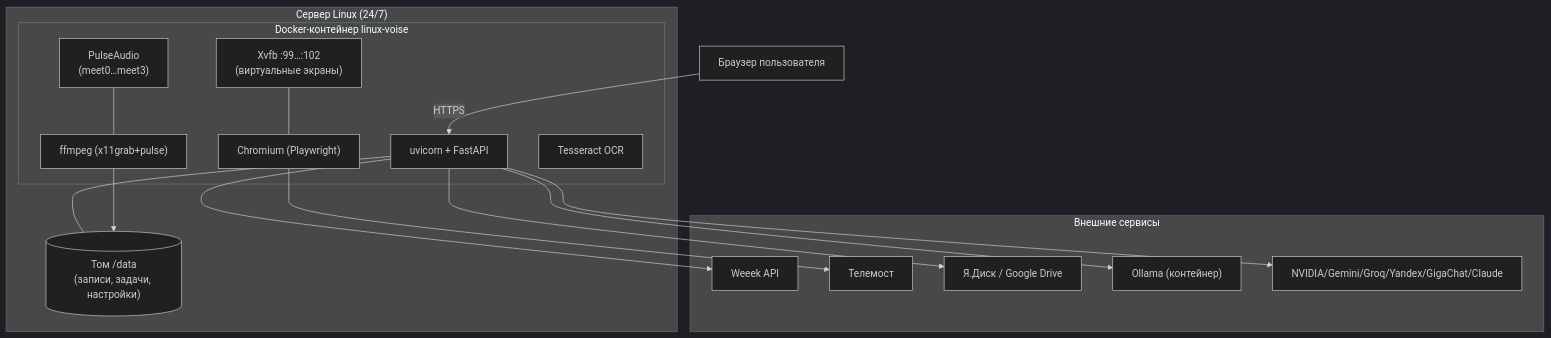
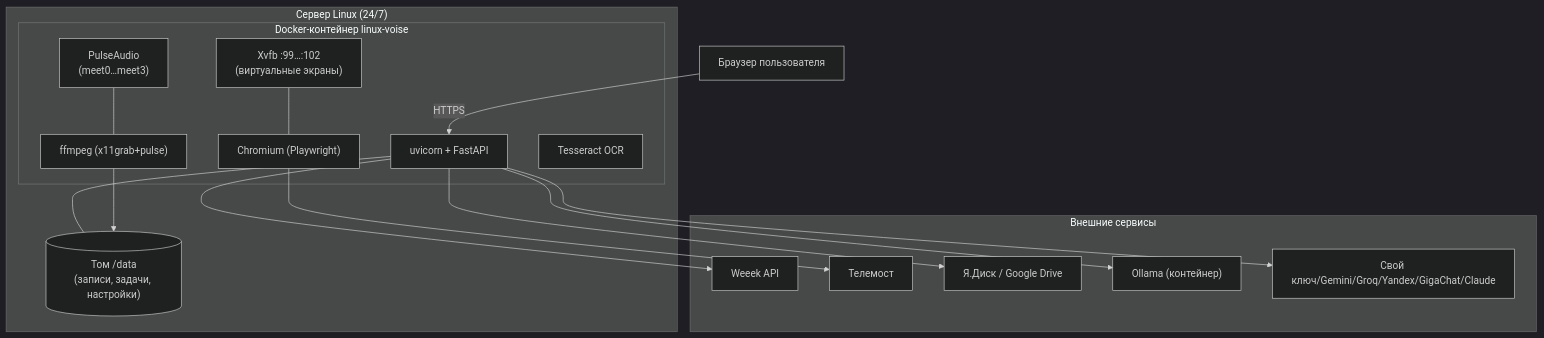
Before and after one commit to sglazunov/voise-bot: the eighth of 11 diagrams in docs/ДИАГРАММЫ-UML-BPMN.md, drawn with Mermaid (dark theme). The commit also changed 32 other files, not shown here.

````diff
--- a/docs/ДИАГРАММЫ-UML-BPMN.md
+++ b/docs/ДИАГРАММЫ-UML-BPMN.md
@@ -294,26 +294,26 @@
 ```mermaid
 flowchart TB
   subgraph Server["Сервер Linux (24/7)"]
     subgraph Docker["Docker-контейнер linux-voise"]
       UV["uvicorn + FastAPI"]
       XVFB["Xvfb :99…:102<br/>(виртуальные экраны)"]
       PULSE["PulseAudio<br/>(meet0…meet3)"]
       CHROME["Chromium (Playwright)"]
       FFMPEG["ffmpeg (x11grab+pulse)"]
       TESS["Tesseract OCR"]
     end
     VOL[("Том /data<br/>(записи, задачи, настройки)")]
   end
   subgraph Ext["Внешние сервисы"]
     WEEEK["Weeek API"]; TM["Телемост"]; YD["Я.Диск / Google Drive"]
-    OLL["Ollama (контейнер)"]; CLOUDLLM["NVIDIA/Gemini/Groq/Yandex/GigaChat/Claude"]
+    OLL["Ollama (контейнер)"]; CLOUDLLM["Свой ключ/Gemini/Groq/Yandex/GigaChat/Claude"]
   end
   Browser["Браузер пользователя"] -->|HTTPS| UV
   UV --- VOL
   CHROME --> TM
   FFMPEG --> VOL
   UV --> WEEEK & YD
   UV --> OLL & CLOUDLLM
   XVFB --- CHROME
   PULSE --- FFMPEG
 ```
````
